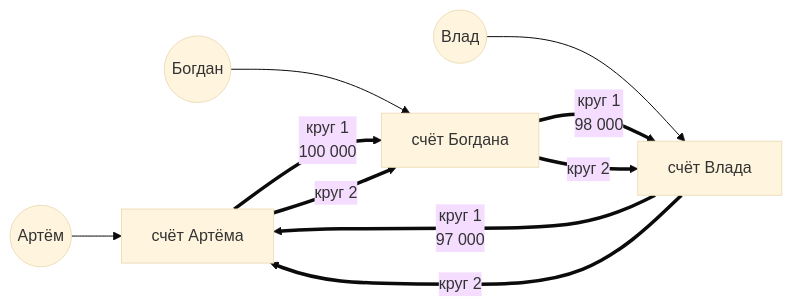
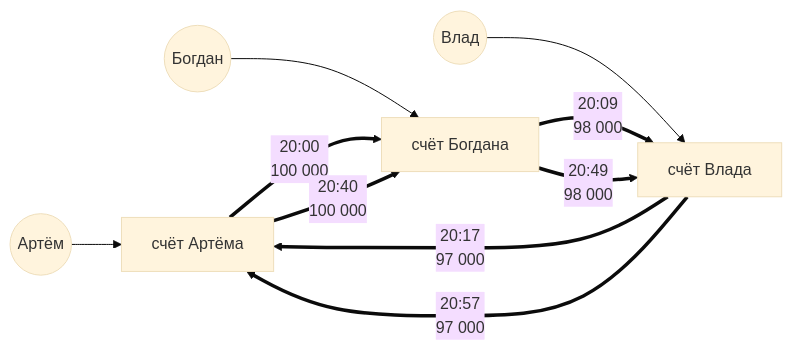
The eighth of 9 diagrams in docs/schemes-simple.md (feytox/shugraph), drawn with Mermaid (base theme) before and after one commit. The commit also changed other lines of this file and 2 other files, not shown here.

````diff
--- a/docs/schemes-simple.md
+++ b/docs/schemes-simple.md
@@ -94,12 +127,12 @@
 ```mermaid
 flowchart LR
     CA((Артём)) --> A[счёт Артёма]
     CB((Богдан)) --> B[счёт Богдана]
     CC((Влад)) --> V[счёт Влада]
-    A ==>|круг 1<br/>100 000| B
-    B ==>|круг 1<br/>98 000| V
-    V ==>|круг 1<br/>97 000| A
-    A ==>|круг 2| B
-    B ==>|круг 2| V
-    V ==>|круг 2| A
+    A ==>|20:00<br/>100 000| B
+    B ==>|20:09<br/>98 000| V
+    V ==>|20:17<br/>97 000| A
+    A ==>|20:40<br/>100 000| B
+    B ==>|20:49<br/>98 000| V
+    V ==>|20:57<br/>97 000| A
 ```
````
